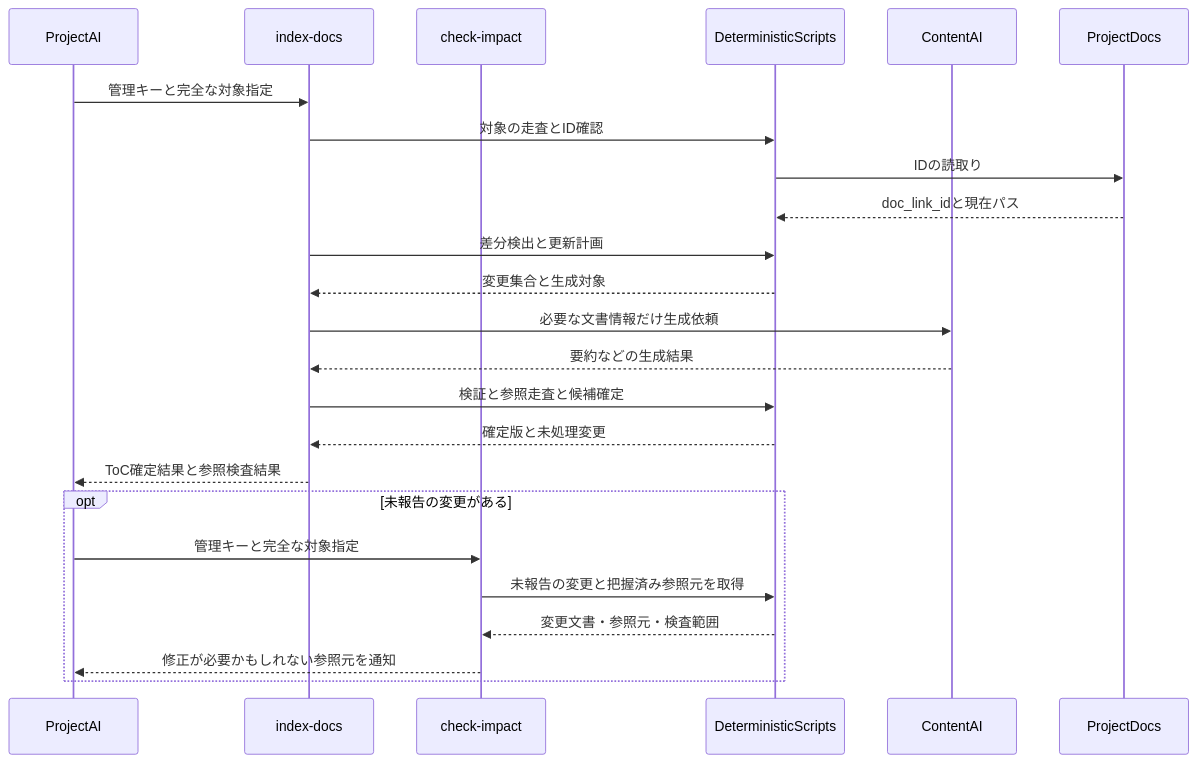
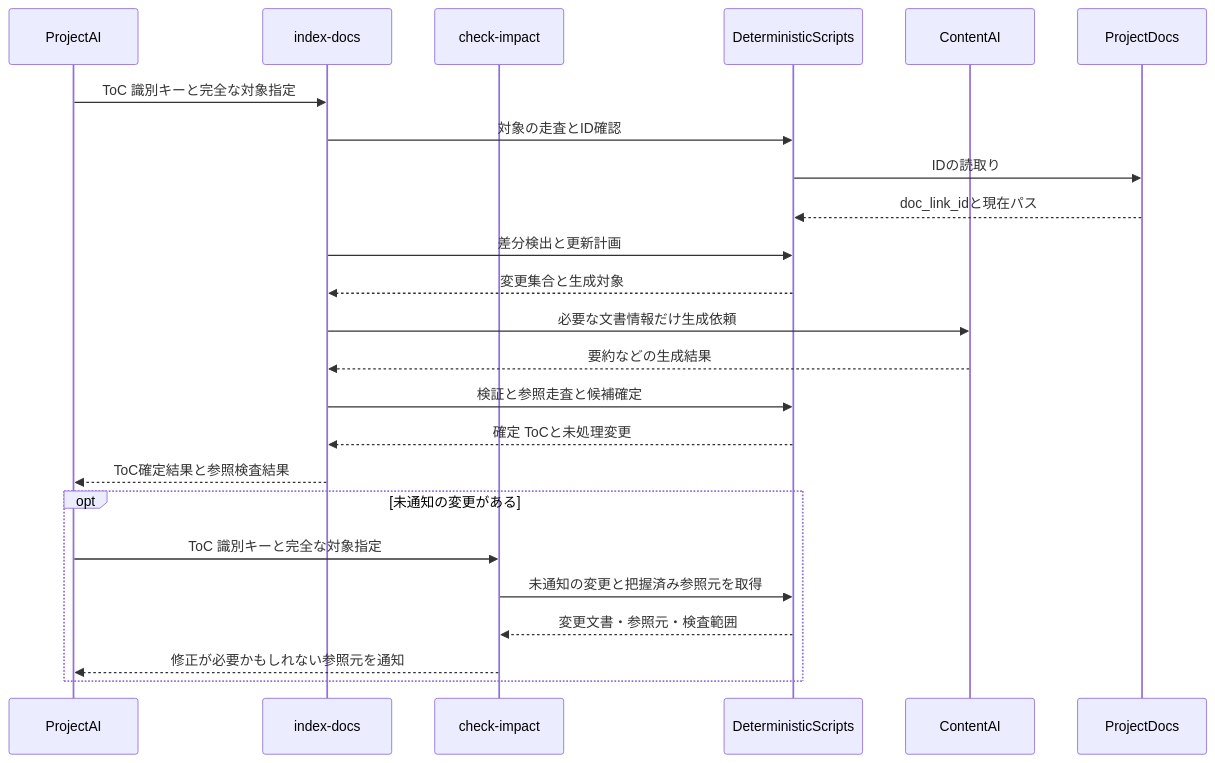
Before and after one commit to BlueEventHorizon/doc-link: the diagram in docs/specs/design/DES-001_system-overview.md, drawn with Mermaid. The commit also changed other lines of this file and 23 other files, not shown here.

First line of the commit message:
docs: align spec terminology, treat symlinks by their in-project path, run locked scripts with --exclude-newer, regenerate specs/rules ToC

````diff
--- a/docs/specs/design/DES-001_system-overview.md
+++ b/docs/specs/design/DES-001_system-overview.md
@@ -37,27 +37,27 @@
 ```mermaid
 sequenceDiagram
     participant ProjectAI
     participant IndexDocs as index-docs
     participant CheckImpact as check-impact
     participant DeterministicScripts
     participant ContentAI
     participant ProjectDocs
 
-    ProjectAI->>IndexDocs: 管理キーと完全な対象指定
+    ProjectAI->>IndexDocs: ToC 識別キーと完全な対象指定
     IndexDocs->>DeterministicScripts: 対象の走査とID確認
     DeterministicScripts->>ProjectDocs: IDの読取り
     ProjectDocs-->>DeterministicScripts: doc_link_idと現在パス
     IndexDocs->>DeterministicScripts: 差分検出と更新計画
     DeterministicScripts-->>IndexDocs: 変更集合と生成対象
     IndexDocs->>ContentAI: 必要な文書情報だけ生成依頼
     ContentAI-->>IndexDocs: 要約などの生成結果
     IndexDocs->>DeterministicScripts: 検証と参照走査と候補確定
-    DeterministicScripts-->>IndexDocs: 確定版と未処理変更
+    DeterministicScripts-->>IndexDocs: 確定 ToCと未処理変更
     IndexDocs-->>ProjectAI: ToC確定結果と参照検査結果
-    opt 未報告の変更がある
-        ProjectAI->>CheckImpact: 管理キーと完全な対象指定
-        CheckImpact->>DeterministicScripts: 未報告の変更と把握済み参照元を取得
+    opt 未通知の変更がある
+        ProjectAI->>CheckImpact: ToC 識別キーと完全な対象指定
+        CheckImpact->>DeterministicScripts: 未通知の変更と把握済み参照元を取得
         DeterministicScripts-->>CheckImpact: 変更文書・参照元・検査範囲
         CheckImpact-->>ProjectAI: 修正が必要かもしれない参照元を通知
     end
 ```
````
